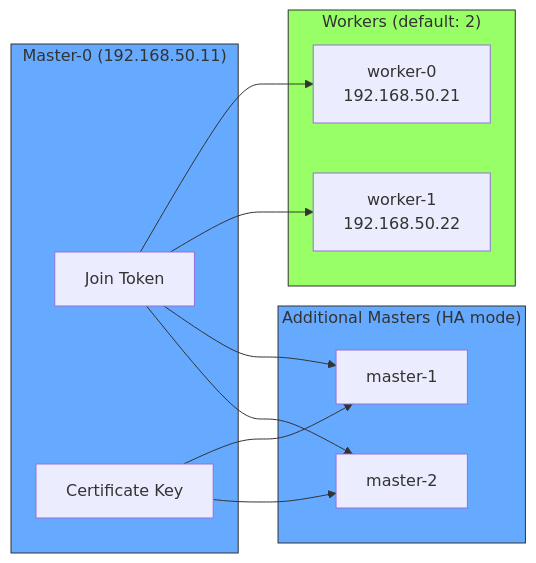
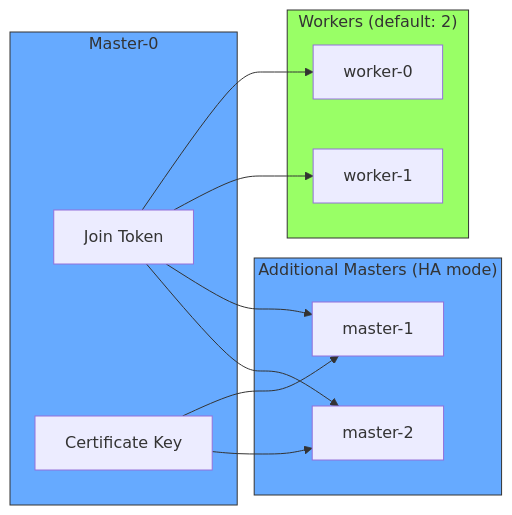
The fourth of 6 diagrams in prepare-local-k8s/docs/how-it-works.md (TorinKS/kse-labs), drawn with Mermaid before and after one commit. The commit also changed other lines of this file and 3 other files, not shown here.

````diff
--- a/prepare-local-k8s/docs/how-it-works.md
+++ b/prepare-local-k8s/docs/how-it-works.md
@@ -206,29 +212,29 @@
 ```mermaid
 flowchart LR
-    subgraph master0["Master-0 (192.168.50.11)"]
+    subgraph master0["Master-0"]
         token["Join Token"]
         cert["Certificate Key"]
     end
 
     subgraph workers["Workers (default: 2)"]
-        w0["worker-0<br/>192.168.50.21"]
-        w1["worker-1<br/>192.168.50.22"]
+        w0["worker-0"]
+        w1["worker-1"]
     end
 
     subgraph masters["Additional Masters (HA mode)"]
         m1["master-1"]
         m2["master-2"]
     end
 
     token --> w0
     token --> w1
 
     token --> m1
     token --> m2
     cert --> m1
     cert --> m2
 
     style master0 fill:#6af,stroke:#333
     style workers fill:#9f6,stroke:#333
     style masters fill:#6af,stroke:#333
 ```
````
